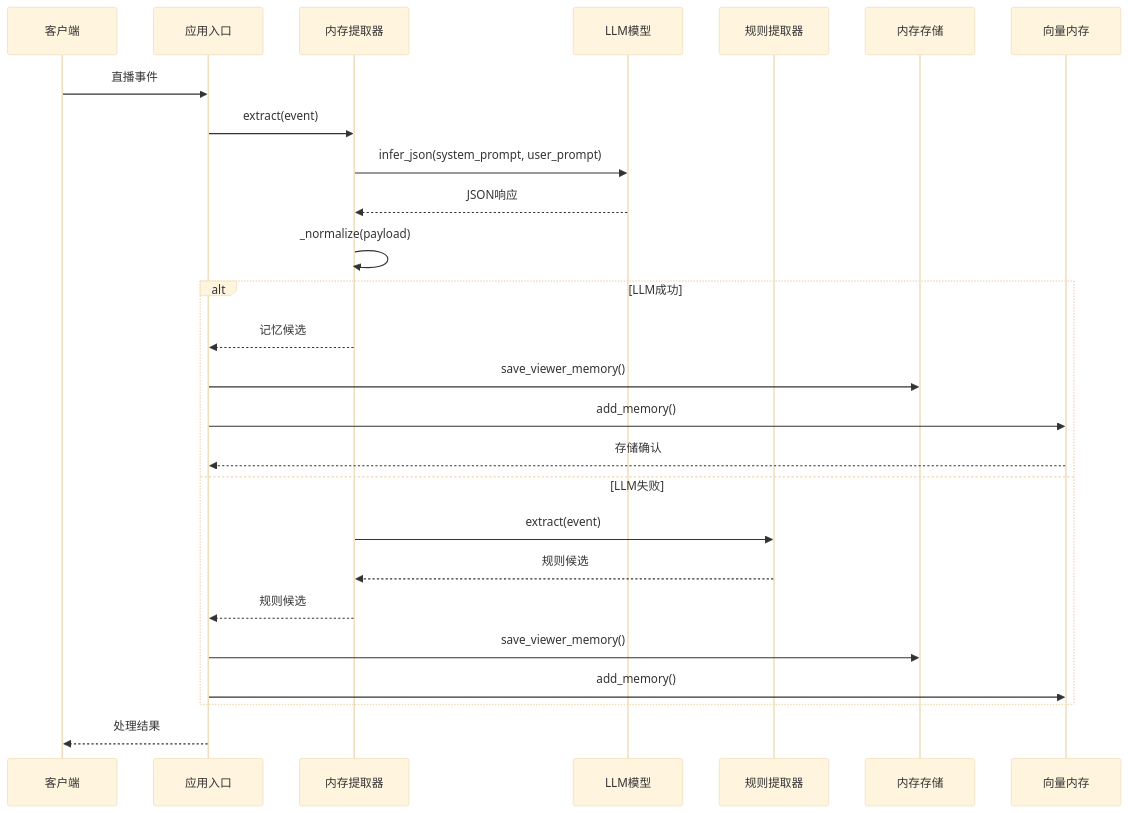
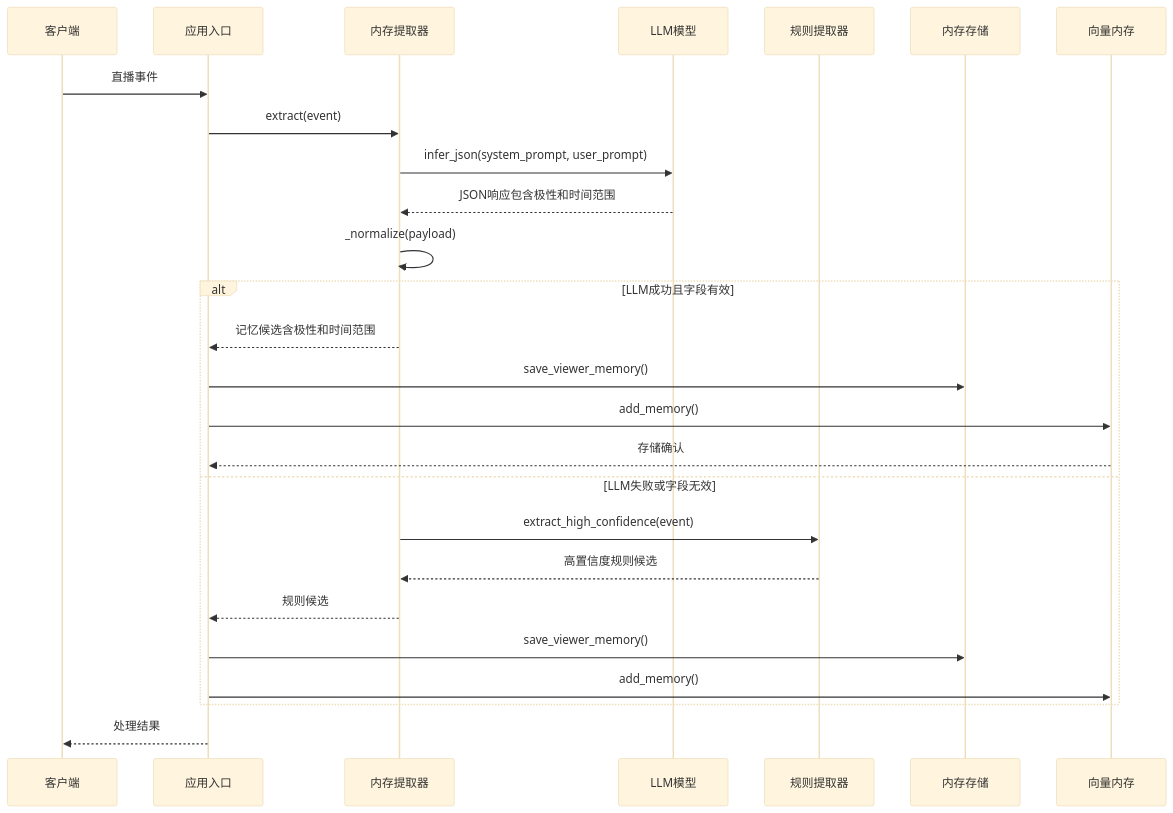
The second of 5 diagrams in .qoder/repowiki/zh/content/测试策略/LLM内存提取器测试.md (Moon-Force/DouYin_llm), drawn with Mermaid (base theme) before and after one commit. The commit also changed other lines of this file and 34 other files, not shown here.

````diff
--- a/.qoder/repowiki/zh/content/测试策略/LLM内存提取器测试.md
+++ b/.qoder/repowiki/zh/content/测试策略/LLM内存提取器测试.md
@@ -118,28 +136,28 @@
 ```mermaid
 sequenceDiagram
 participant Client as 客户端
 participant App as 应用入口
 participant Extractor as 内存提取器
 participant LLM as LLM模型
 participant Rule as 规则提取器
 participant Store as 内存存储
 participant Vector as 向量内存
 Client->>App : 直播事件
 App->>Extractor : extract(event)
 Extractor->>LLM : infer_json(system_prompt, user_prompt)
-LLM-->>Extractor : JSON响应
+LLM-->>Extractor : JSON响应包含极性和时间范围
 Extractor->>Extractor : _normalize(payload)
-alt LLM成功
-Extractor-->>App : 记忆候选
+alt LLM成功且字段有效
+Extractor-->>App : 记忆候选含极性和时间范围
 App->>Store : save_viewer_memory()
 App->>Vector : add_memory()
 Vector-->>App : 存储确认
-else LLM失败
-Extractor->>Rule : extract(event)
-Rule-->>Extractor : 规则候选
+else LLM失败或字段无效
+Extractor->>Rule : extract_high_confidence(event)
+Rule-->>Extractor : 高置信度规则候选
 Extractor-->>App : 规则候选
 App->>Store : save_viewer_memory()
 App->>Vector : add_memory()
 end
 App-->>Client : 处理结果
 ```
````
